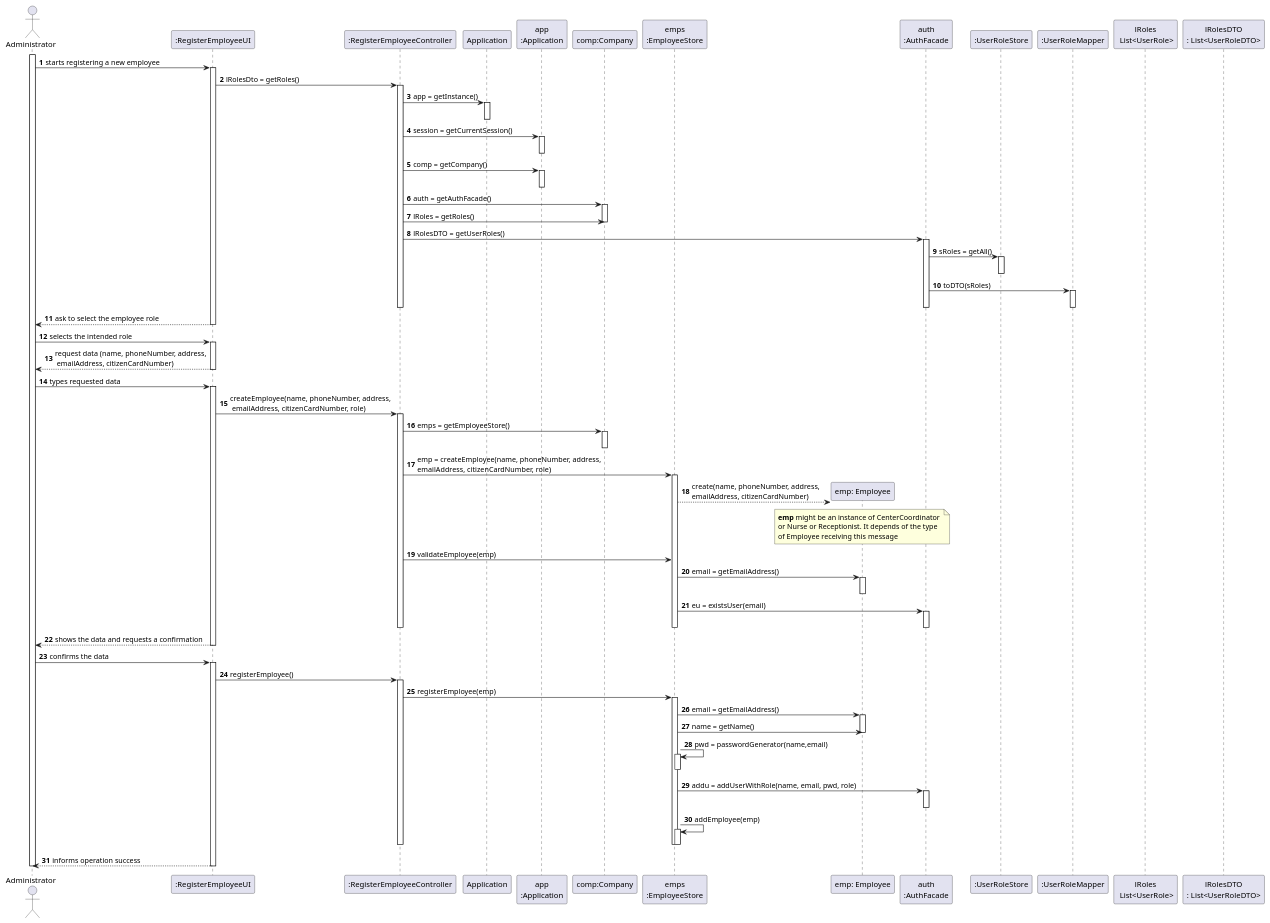
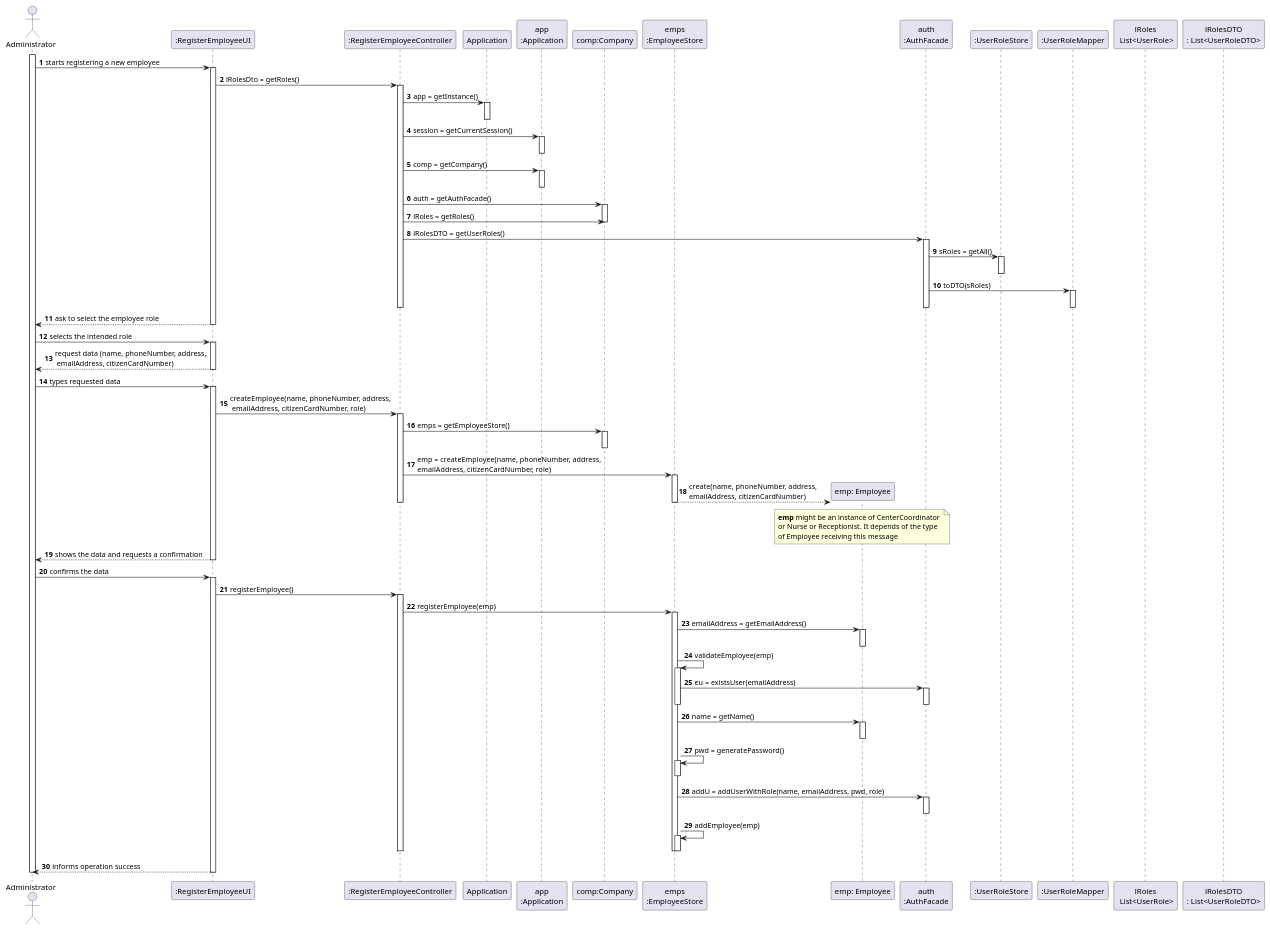
The diagram in docs/SprintB/UserStories/US10/US010_SD.puml (diogonapoles/isep-lapr2), drawn with PlantUML before and after one commit. The commit also changed 2 other files, not shown here.

```diff
--- a/docs/SprintB/UserStories/US10/US010_SD.puml
+++ b/docs/SprintB/UserStories/US10/US010_SD.puml
@@ -1,149 +1,151 @@
 @startuml
 autonumber
 actor "Administrator" as ADM
 
 
 participant ":RegisterEmployeeUI" as UI
 participant ":RegisterEmployeeController" as CTRL
 participant "Application" as APP
 participant "app\n:Application" as App
 participant "comp:Company" as COMP
 participant "emps\n:EmployeeStore" as EMPS
 participant "emp: Employee" as EMP
 participant "auth\n:AuthFacade" as AF
 participant ":UserRoleStore" as URS
 participant ":UserRoleMapper" as URM
 participant "lRoles\n List<UserRole>" as LR
 participant "lRolesDTO\n: List<UserRoleDTO>" as lRDTO
 
 
 
 
 activate ADM
 
 ADM -> UI : starts registering a new employee
 activate UI
 
 UI -> CTRL : lRolesDto = getRoles()
 activate CTRL
 
 CTRL -> APP : app = getInstance()
 activate APP
 deactivate APP
 
 CTRL -> App: session = getCurrentSession()
 activate App
 deactivate App
 
 CTRL -> App : comp = getCompany()
 activate App
 deactivate App
 
 CTRL -> COMP: auth = getAuthFacade()
 activate COMP
 
 
 CTRL -> COMP: lRoles = getRoles()
 deactivate COMP
 
 
 CTRL -> AF : lRolesDTO = getUserRoles()
 activate AF
 
 AF -> URS : sRoles = getAll()
 activate URS
 deactivate URS
 
 AF -> URM :  toDTO(sRoles)
 activate URM
 
 deactivate URM
 deactivate AF
 deactivate CTRL
 
 UI --> ADM : ask to select the employee role
 deactivate UI
 
 
 
 ADM -> UI : selects the intended role
 activate UI
 
 UI --> ADM : request data (name, phoneNumber, address,\n emailAddress, citizenCardNumber)
 deactivate UI
 
 
 
 
 ADM -> UI : types requested data
 activate UI
 
 UI -> CTRL :createEmployee(name, phoneNumber, address,\n emailAddress, citizenCardNumber, role)
 activate CTRL
 
 CTRL -> COMP : emps = getEmployeeStore()
 activate COMP
 deactivate COMP
 
 CTRL -> EMPS : emp = createEmployee(name, phoneNumber, address,\nemailAddress, citizenCardNumber, role)
 activate EMPS
 
 EMPS --> EMP** : create(name, phoneNumber, address, \nemailAddress, citizenCardNumber)
 
 note over EMP : **emp** might be an instance of CenterCoordinator \nor Nurse or Receptionist. It depends of the type \nof Employee receiving this message
 
 
-CTRL -> EMPS : validateEmployee(emp)
-
-EMPS -> EMP : email = getEmailAddress()
-activate EMP
-deactivate EMP
-
-EMPS -> AF : eu = existsUser(email)
-activate AF
-deactivate AF
 deactivate CTRL
 deactivate EMPS
 
 UI --> ADM : shows the data and requests a confirmation
 deactivate UI
 
 
 
 ADM -> UI : confirms the data
 activate UI
 
 UI -> CTRL : registerEmployee()
 activate CTRL
 
 CTRL -> EMPS: registerEmployee(emp)
 activate EMPS
 
-EMPS -> EMP : email = getEmailAddress()
+
+EMPS ->  EMP: emailAddress = getEmailAddress()
 activate EMP
-
-EMPS -> EMP : name = getName()
-
 deactivate EMP
 
-EMPS -> EMPS : pwd = passwordGenerator(name,email)
+EMPS -> EMPS : validateEmployee(emp)
+activate EMPS
+EMPS -> AF : eu = existsUser(emailAddress)
+activate AF
+deactivate AF
+deactivate EMPS
+
+
+EMPS ->  EMP: name = getName()
+activate EMP
+deactivate EMP
+
+EMPS -> EMPS : pwd = generatePassword()
 activate EMPS
 deactivate EMPS
 
-EMPS -> AF : addu = addUserWithRole(name, email, pwd, role)
+EMPS -> AF : addU = addUserWithRole(name, emailAddress, pwd, role)
 activate AF
 deactivate AF
+
 
 EMPS -> EMPS : addEmployee(emp)
 activate EMPS
 deactivate EMPS
 deactivate EMPS
 deactivate CTRL
 
 UI --> ADM : informs operation success
 deactivate UI
 
 
 deactivate ADM
 
 @enduml
```
